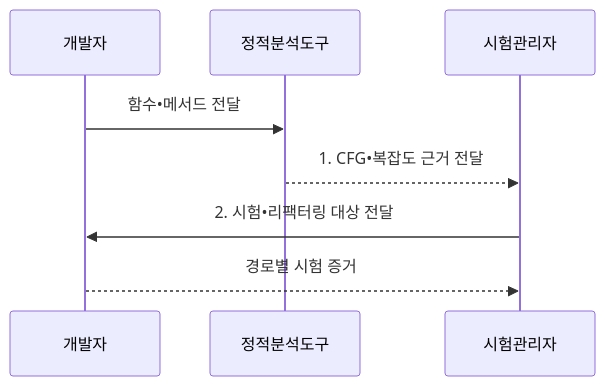
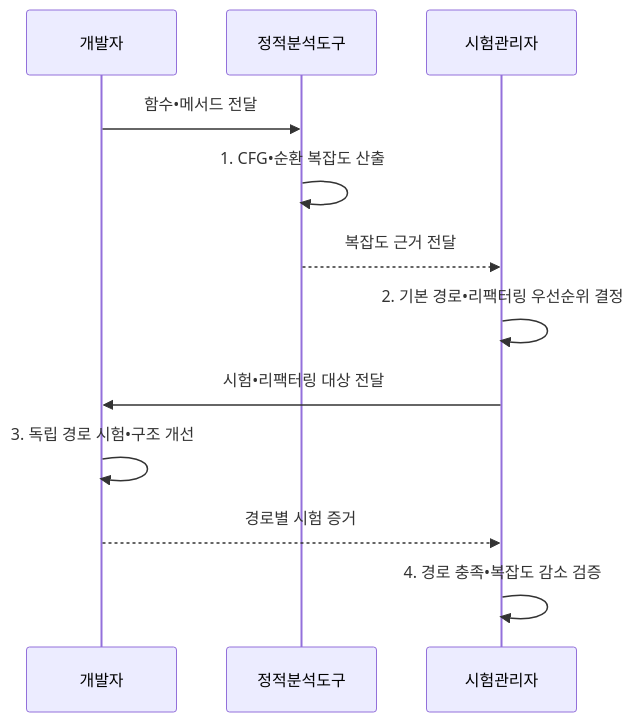
One commit to agnusdei1207/knowledge-base changed the second of 2 diagrams in src/content/docs/notes/06-evaluation/035_cyclomatic_complexity.md. Above: the diagram before and after it, drawn with Mermaid. The commit also changed other lines of this file and 20 other files, not shown here.

````diff
--- a/src/content/docs/notes/06-evaluation/035_cyclomatic_complexity.md
+++ b/src/content/docs/notes/06-evaluation/035_cyclomatic_complexity.md
@@ -105,10 +105,14 @@
 ```mermaid
 sequenceDiagram
-    participant D as 개발자
-    participant A as 정적분석도구
-    participant T as 시험관리자
-    D->>A: 함수•메서드 전달
-    A-->>T: 1. CFG•복잡도 근거 전달
-    T->>D: 2. 시험•리팩터링 대상 전달
-    D-->>T: 경로별 시험 증거
+  participant D as 개발자
+  participant A as 정적분석도구
+  participant T as 시험관리자
+  D->>A: 함수•메서드 전달
+  A->>A: 1. CFG•순환 복잡도 산출
+  A-->>T: 복잡도 근거 전달
+  T->>T: 2. 기본 경로•리팩터링 우선순위 결정
+  T->>D: 시험•리팩터링 대상 전달
+  D->>D: 3. 독립 경로 시험•구조 개선
+  D-->>T: 경로별 시험 증거
+  T->>T: 4. 경로 충족•복잡도 감소 검증
 ```
````
